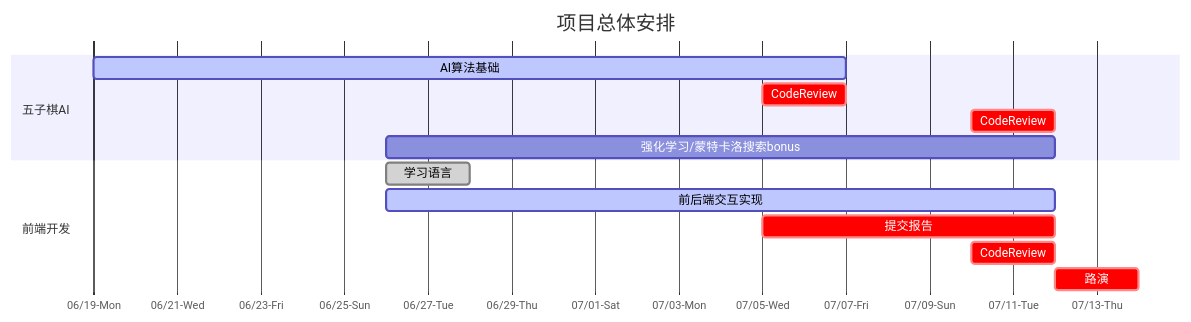
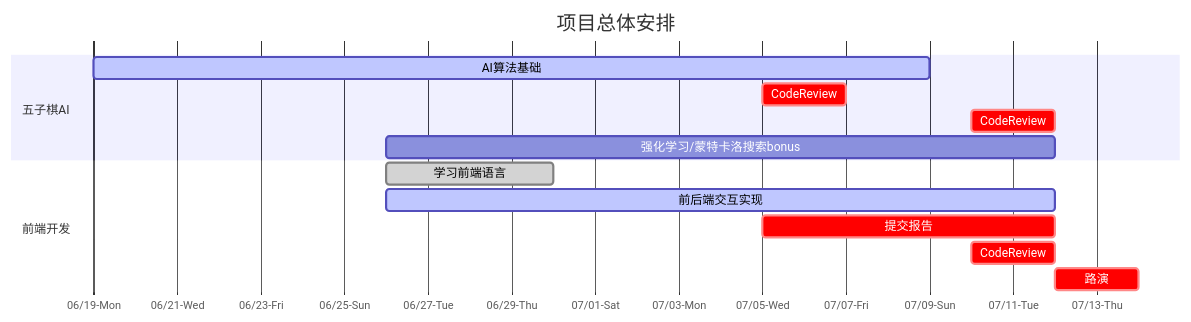
The diagram in README.md (WilliamLiusy/GomokuAI), drawn with Mermaid before and after one commit. The commit also changed other lines of this file and 1 other file, not shown here.

````diff
--- a/README.md
+++ b/README.md
@@ -95,16 +98,16 @@
 ```mermaid
 gantt
     title 项目总体安排
     axisFormat %m/%d-%a
     section 五子棋AI
-    AI算法基础  :active,2023-06-19, 18d
+    AI算法基础  :active,2023-06-19, 20d
     CodeReview :crit,2023-07-05,2d
     CodeReview :crit,2023-07-10,2d
     强化学习/蒙特卡洛搜索bonus:2023-06-26,16d
     section 前端开发
-    学习语言      :done, 2023-06-26, 2d
+    学习前端语言      :done, 2023-06-26, 4d
     前后端交互实现 :active,2023-06-26, 16d
     提交报告      :crit, 2023-07-05, 7d
     CodeReview  :crit, 2023-07-10, 2d
     路演				:crit, 2d
 ```
````
